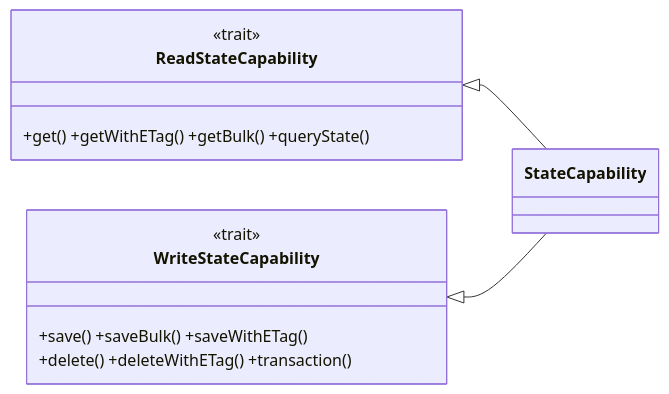
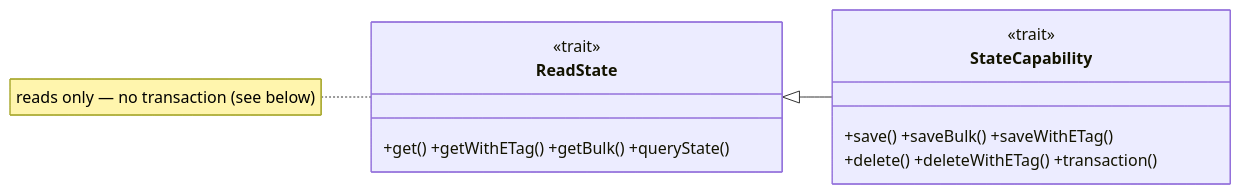
One commit to sideeffffect/dapr4s changed diagram 28 of 36 in docs/CAPABILITY-SPLITS.md. Above: the diagram before and after it, drawn with Mermaid. The commit also changed other lines of this file, not shown here.

````diff
--- a/docs/CAPABILITY-SPLITS.md
+++ b/docs/CAPABILITY-SPLITS.md
@@ -608,16 +615,15 @@
 ```mermaid
 classDiagram
     direction LR
-    class ReadStateCapability {
+    class ReadState {
         <<trait>>
         +get() +getWithETag() +getBulk() +queryState()
     }
-    class WriteStateCapability {
+    class StateCapability {
         <<trait>>
         +save() +saveBulk() +saveWithETag()
         +delete() +deleteWithETag() +transaction()
     }
-    class StateCapability
-    ReadStateCapability <|-- StateCapability
-    WriteStateCapability <|-- StateCapability
+    ReadState <|-- StateCapability
+    note for ReadState "reads only — no transaction (see below)"
 ```
````
